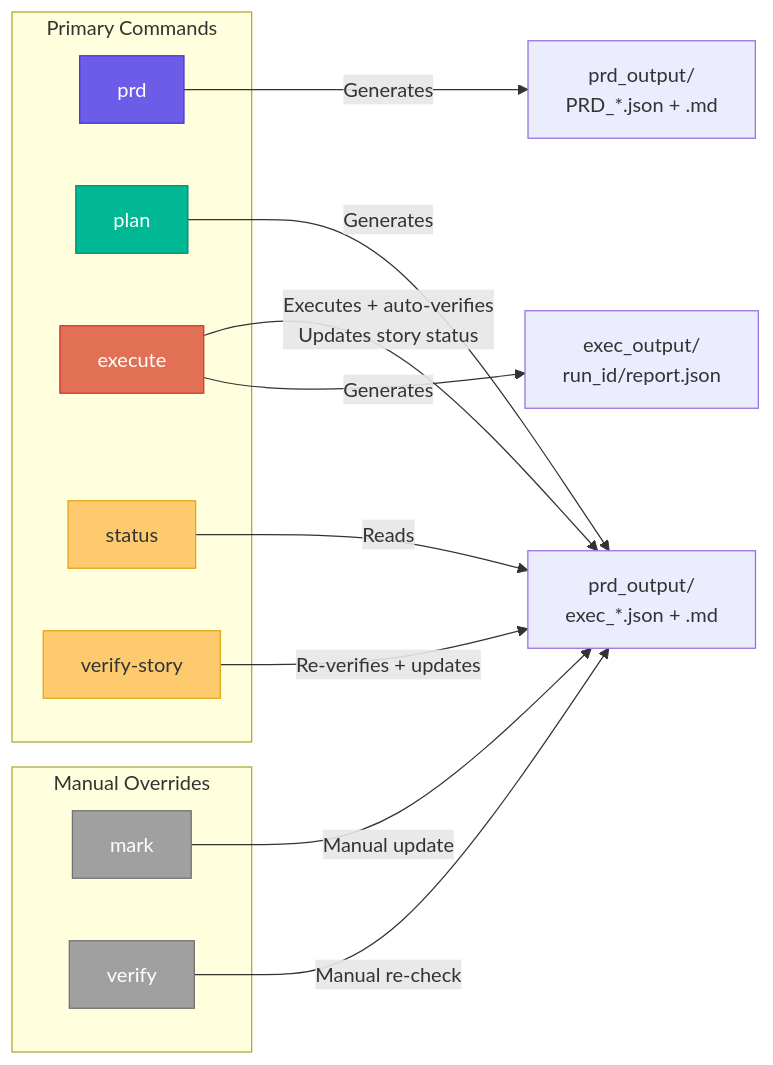
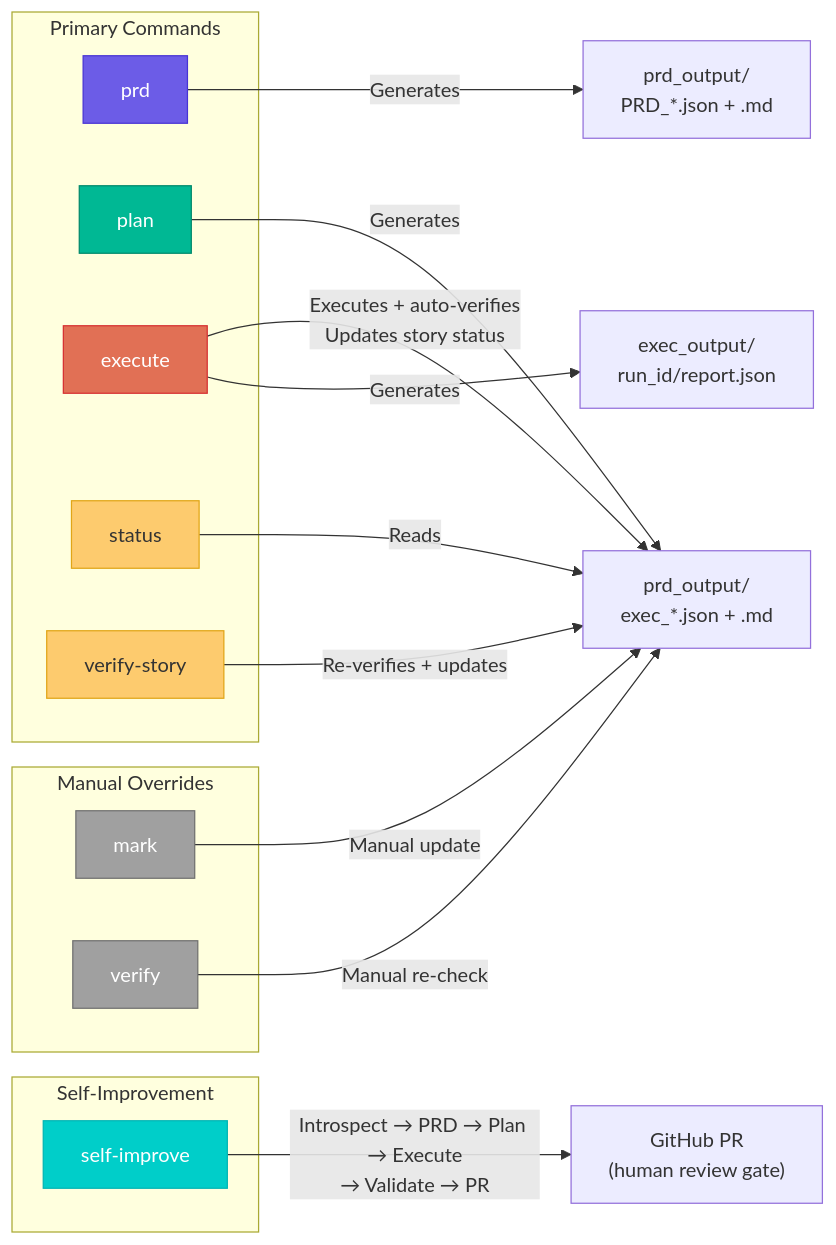
Before and after one commit to darthlinuxer/dialectic-crew-ai: the first of 2 diagrams in docs/cli.md, drawn with Mermaid. The commit also changed other lines of this file and 59 other files, not shown here.

````diff
--- a/docs/cli.md
+++ b/docs/cli.md
@@ -18,32 +18,38 @@
 ```mermaid
 flowchart LR
     subgraph main_cmds ["Primary Commands"]
         PRD["prd"]
         PLAN["plan"]
         EXEC["execute"]
         STATUS["status"]
         VSTORY["verify-story"]
+    end
+
+    subgraph self_cmds ["Self-Improvement"]
+        SELF["self-improve"]
     end
 
     subgraph overrides ["Manual Overrides"]
         MARK["mark"]
         VERIFY["verify"]
     end
 
     PRD -->|"Generates"| PRD_OUT["prd_output/<br/>PRD_*.json + .md"]
     PLAN -->|"Generates"| PLAN_OUT["prd_output/<br/>exec_*.json + .md"]
     EXEC -->|"Executes + auto-verifies<br/>Updates story status"| PLAN_OUT
     EXEC -->|"Generates"| EXEC_OUT["exec_output/<br/>run_id/report.json"]
     STATUS -->|"Reads"| PLAN_OUT
     VSTORY -->|"Re-verifies + updates"| PLAN_OUT
+    SELF -->|"Introspect → PRD → Plan → Execute\n→ Validate → PR"| SELF_OUT["GitHub PR\n(human review gate)"]
     MARK -->|"Manual update"| PLAN_OUT
     VERIFY -->|"Manual re-check"| PLAN_OUT
 
+    style SELF fill:#00CEC9,stroke:#00B4B4,color:#fff
     style PRD fill:#6C5CE7,stroke:#4834D4,color:#fff
     style PLAN fill:#00B894,stroke:#00896B,color:#fff
     style EXEC fill:#E17055,stroke:#D63031,color:#fff
     style STATUS fill:#FDCB6E,stroke:#E1A517,color:#333
     style VSTORY fill:#FDCB6E,stroke:#E1A517,color:#333
     style MARK fill:#A0A0A0,stroke:#707070,color:#fff
     style VERIFY fill:#A0A0A0,stroke:#707070,color:#fff
 ```
````
